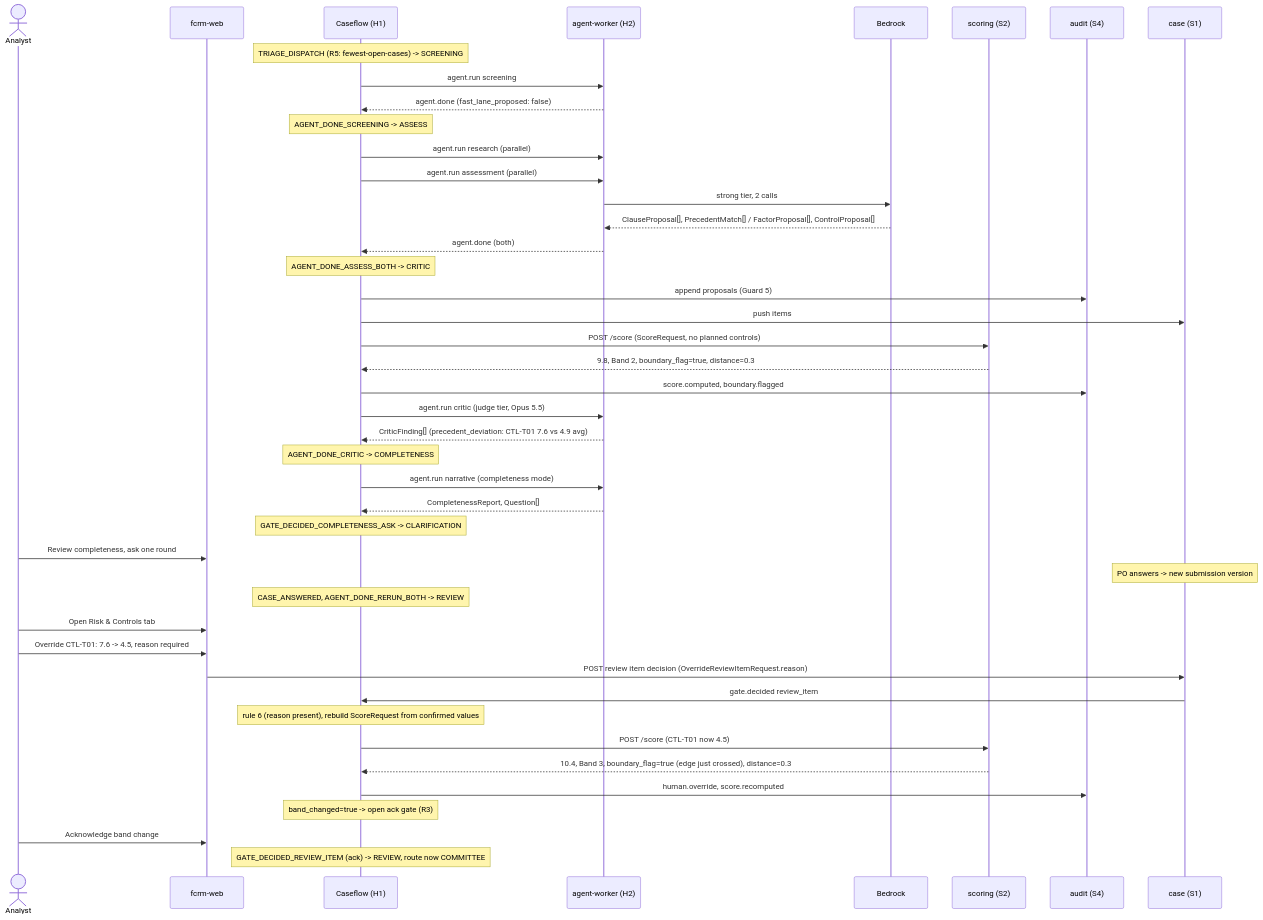
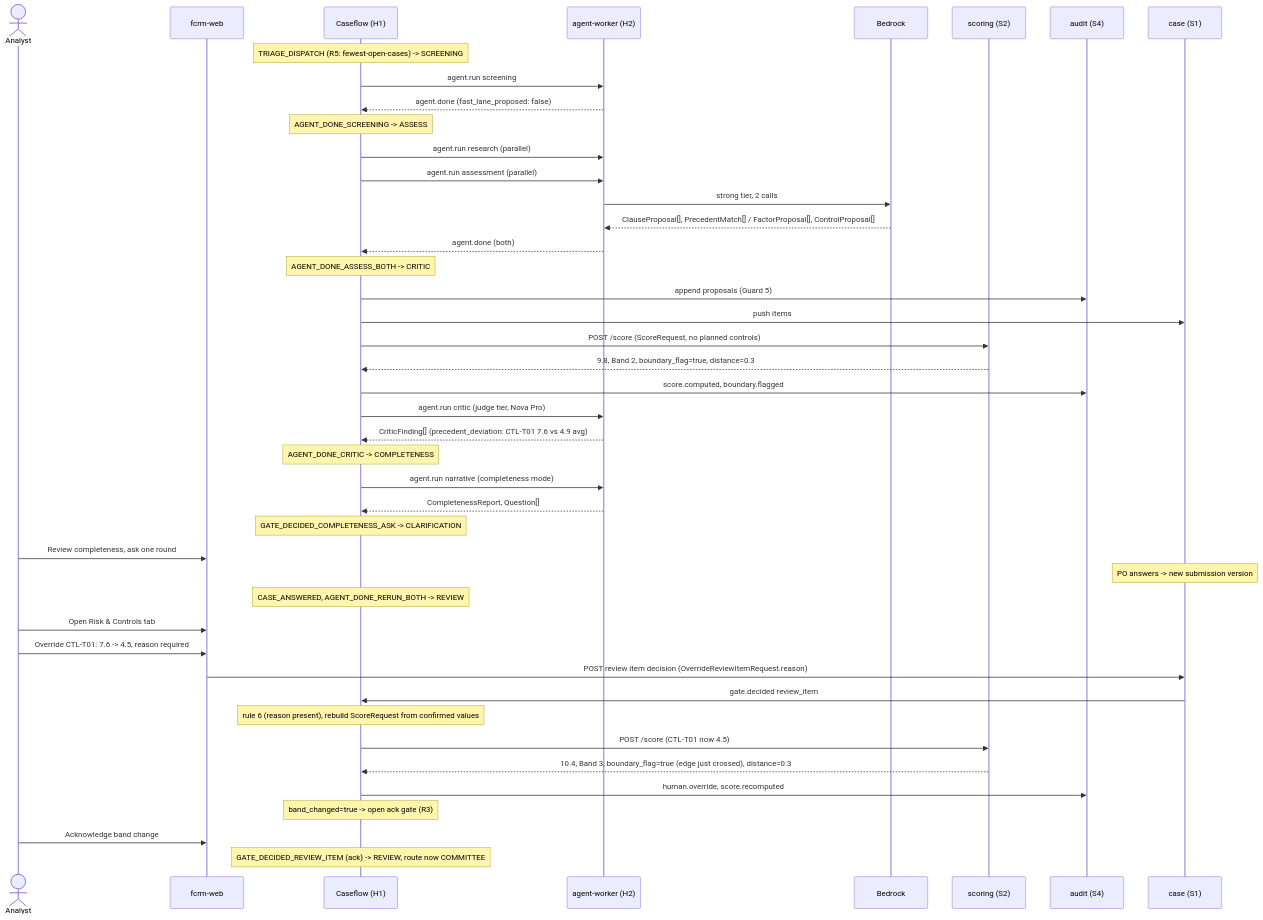
The diagram in trustops/docs/architecture/sequences/assessment-and-override.md (abhiMyridius/trustops_fcrm), drawn with Mermaid before and after one commit. The commit also changed 3 other files, not shown here.

First line of the commit message:
docs(architecture): design B, the sequences and the drill notes state the committed model chain [ADR-62]

````diff
--- a/trustops/docs/architecture/sequences/assessment-and-override.md
+++ b/trustops/docs/architecture/sequences/assessment-and-override.md
@@ -5,51 +5,51 @@
 ```mermaid
 sequenceDiagram
     actor An as Analyst
     participant W1 as fcrm-web
     participant H1 as Caseflow (H1)
     participant H2 as agent-worker (H2)
     participant Br as Bedrock
     participant S2 as scoring (S2)
     participant S4 as audit (S4)
     participant S1 as case (S1)
 
     Note over H1: TRIAGE_DISPATCH (R5: fewest-open-cases) -> SCREENING
     H1->>H2: agent.run screening
     H2-->>H1: agent.done (fast_lane_proposed: false)
     Note over H1: AGENT_DONE_SCREENING -> ASSESS
 
     H1->>H2: agent.run research (parallel)
     H1->>H2: agent.run assessment (parallel)
     H2->>Br: strong tier, 2 calls
     Br-->>H2: ClauseProposal[], PrecedentMatch[] / FactorProposal[], ControlProposal[]
     H2-->>H1: agent.done (both)
     Note over H1: AGENT_DONE_ASSESS_BOTH -> CRITIC
     H1->>S4: append proposals (Guard 5)
     H1->>S1: push items
     H1->>S2: POST /score (ScoreRequest, no planned controls)
     S2-->>H1: 9.8, Band 2, boundary_flag=true, distance=0.3
     H1->>S4: score.computed, boundary.flagged
 
-    H1->>H2: agent.run critic (judge tier, Opus 5.5)
+    H1->>H2: agent.run critic (judge tier, Nova Pro)
     H2-->>H1: CriticFinding[] (precedent_deviation: CTL-T01 7.6 vs 4.9 avg)
     Note over H1: AGENT_DONE_CRITIC -> COMPLETENESS
 
     H1->>H2: agent.run narrative (completeness mode)
     H2-->>H1: CompletenessReport, Question[]
     Note over H1: GATE_DECIDED_COMPLETENESS_ASK -> CLARIFICATION
     An->>W1: Review completeness, ask one round
     Note over S1: PO answers -> new submission version
     Note over H1: CASE_ANSWERED, AGENT_DONE_RERUN_BOTH -> REVIEW
 
     An->>W1: Open Risk & Controls tab
     An->>W1: Override CTL-T01: 7.6 -> 4.5, reason required
     W1->>S1: POST review item decision (OverrideReviewItemRequest.reason)
     S1->>H1: gate.decided review_item
     Note over H1: rule 6 (reason present), rebuild ScoreRequest from confirmed values
     H1->>S2: POST /score (CTL-T01 now 4.5)
     S2-->>H1: 10.4, Band 3, boundary_flag=true (edge just crossed), distance=0.3
     H1->>S4: human.override, score.recomputed
     Note over H1: band_changed=true -> open ack gate (R3)
     An->>W1: Acknowledge band change
     Note over H1: GATE_DECIDED_REVIEW_ITEM (ack) -> REVIEW, route now COMMITTEE
 ```
````
